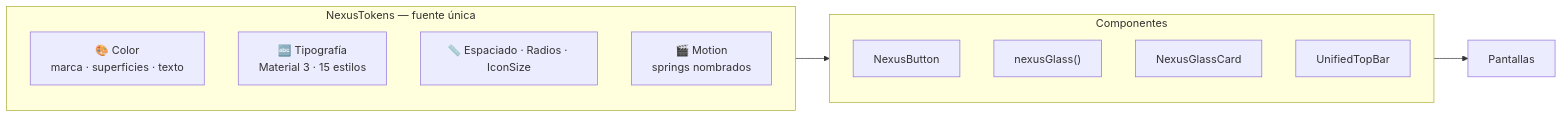
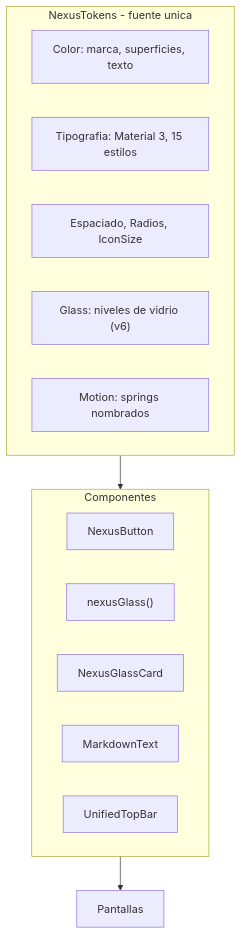
Before and after one commit to Azelmods677/NexusChat: the fifth of 6 diagrams in README.md, drawn with Mermaid. The commit also changed other lines of this file and 69 other files, not shown here.

````diff
--- a/README.md
+++ b/README.md
@@ -225,16 +286,18 @@
 ```mermaid
-flowchart LR
-    subgraph NT["NexusTokens — fuente única"]
-        COL["🎨 Color<br/>marca · superficies · texto"]
-        TYP["🔤 Tipografía<br/>Material 3 · 15 estilos"]
-        SP["📏 Espaciado · Radios · IconSize"]
-        MO["🎬 Motion<br/>springs nombrados"]
+flowchart TD
+    subgraph NT["NexusTokens - fuente unica"]
+        COL["Color: marca, superficies, texto"]
+        TYP["Tipografia: Material 3, 15 estilos"]
+        SP["Espaciado, Radios, IconSize"]
+        GL["Glass: niveles de vidrio (v6)"]
+        MO["Motion: springs nombrados"]
     end
     subgraph CMP["Componentes"]
         B["NexusButton"]
         G["nexusGlass()"]
         GC["NexusGlassCard"]
+        MD["MarkdownText"]
         TB["UnifiedTopBar"]
     end
     NT --> CMP --> SCR["Pantallas"]
 ```
````
